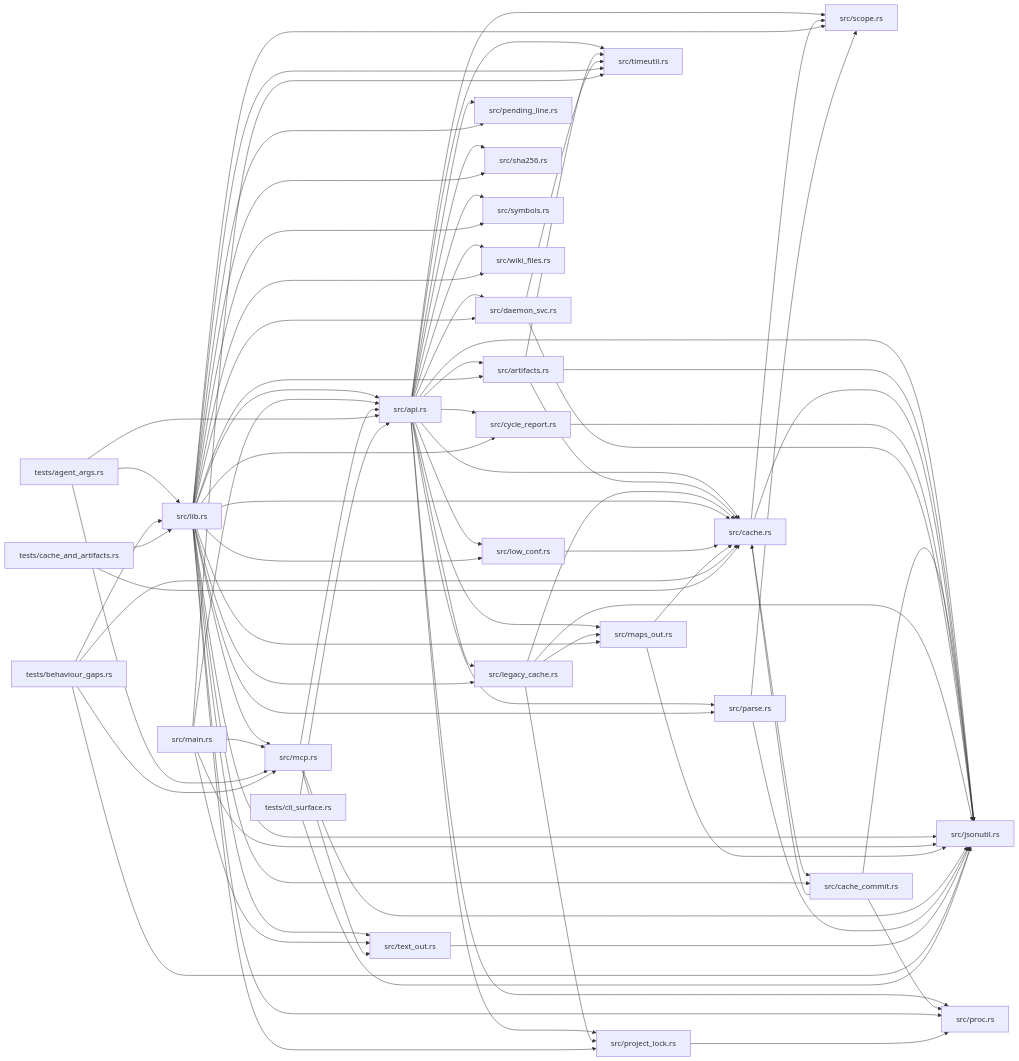
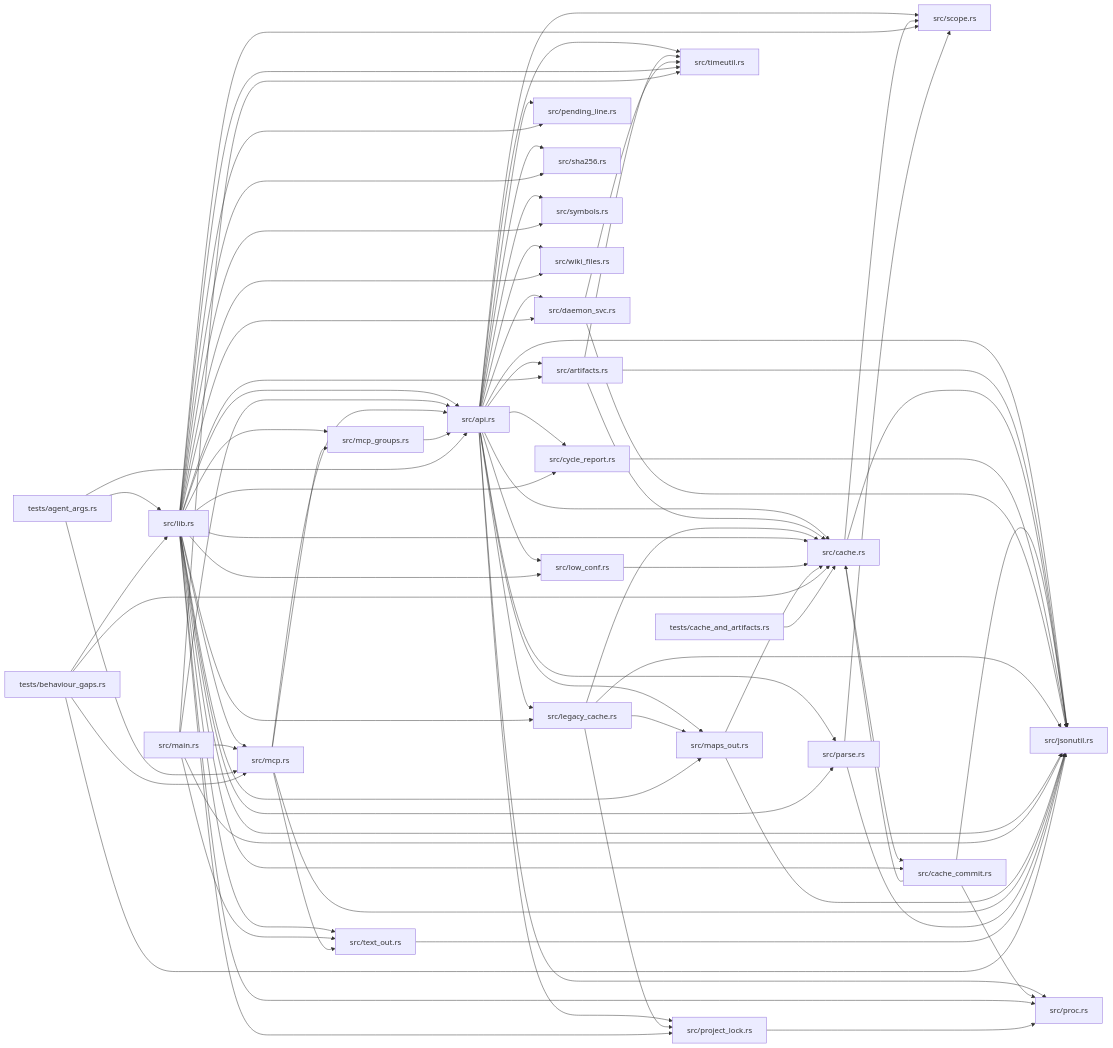
The diagram in library.md (IronAdamant/wikifier), drawn with Mermaid before and after one commit. The commit also changed other lines of this file and 25 other files, not shown here.

First line of the commit message:
MCP tool groups chosen in AGENTS.md or env switches; release 5.2.0 (#10)

````diff
--- a/library.md
+++ b/library.md
@@ -92,6 +94,7 @@
   n19["src/lib.rs"] --> n7["src/low_conf.rs"]
   n19["src/lib.rs"] --> n8["src/maps_out.rs"]
   n19["src/lib.rs"] --> n20["src/mcp.rs"]
+  n19["src/lib.rs"] --> n21["src/mcp_groups.rs"]
   n19["src/lib.rs"] --> n9["src/parse.rs"]
   n19["src/lib.rs"] --> n10["src/pending_line.rs"]
   n19["src/lib.rs"] --> n11["src/proc.rs"]
@@ -99,33 +102,32 @@
   n19["src/lib.rs"] --> n13["src/scope.rs"]
   n19["src/lib.rs"] --> n14["src/sha256.rs"]
   n19["src/lib.rs"] --> n15["src/symbols.rs"]
-  n19["src/lib.rs"] --> n21["src/text_out.rs"]
+  n19["src/lib.rs"] --> n22["src/text_out.rs"]
   n19["src/lib.rs"] --> n16["src/timeutil.rs"]
   n19["src/lib.rs"] --> n17["src/wiki_files.rs"]
   n7["src/low_conf.rs"] --> n2["src/cache.rs"]
-  n22["src/main.rs"] --> n0["src/api.rs"]
-  n22["src/main.rs"] --> n5["src/jsonutil.rs"]
-  n22["src/main.rs"] --> n20["src/mcp.rs"]
-  n22["src/main.rs"] --> n21["src/text_out.rs"]
-  n22["src/main.rs"] --> n16["src/timeutil.rs"]
+  n23["src/main.rs"] --> n0["src/api.rs"]
+  n23["src/main.rs"] --> n5["src/jsonutil.rs"]
+  n23["src/main.rs"] --> n20["src/mcp.rs"]
+  n23["src/main.rs"] --> n22["src/text_out.rs"]
+  n23["src/main.rs"] --> n16["src/timeutil.rs"]
   n8["src/maps_out.rs"] --> n2["src/cache.rs"]
   n8["src/maps_out.rs"] --> n5["src/jsonutil.rs"]
   n20["src/mcp.rs"] --> n0["src/api.rs"]
   n20["src/mcp.rs"] --> n5["src/jsonutil.rs"]
-  n20["src/mcp.rs"] --> n21["src/text_out.rs"]
+  n20["src/mcp.rs"] --> n21["src/mcp_groups.rs"]
+  n20["src/mcp.rs"] --> n22["src/text_out.rs"]
+  n21["src/mcp_groups.rs"] --> n0["src/api.rs"]
   n9["src/parse.rs"] --> n5["src/jsonutil.rs"]
   n9["src/parse.rs"] --> n13["src/scope.rs"]
   n12["src/project_lock.rs"] --> n11["src/proc.rs"]
-  n21["src/text_out.rs"] --> n5["src/jsonutil.rs"]
-  n23["tests/agent_args.rs"] --> n0["src/api.rs"]
-  n23["tests/agent_args.rs"] --> n19["src/lib.rs"]
-  n23["tests/agent_args.rs"] --> n20["src/mcp.rs"]
-  n24["tests/behaviour_gaps.rs"] --> n2["src/cache.rs"]
-  n24["tests/behaviour_gaps.rs"] --> n5["src/jsonutil.rs"]
-  n24["tests/behaviour_gaps.rs"] --> n19["src/lib.rs"]
-  n24["tests/behaviour_gaps.rs"] --> n20["src/mcp.rs"]
-  n25["tests/cache_and_artifacts.rs"] --> n2["src/cache.rs"]
-  n25["tests/cache_and_artifacts.rs"] --> n19["src/lib.rs"]
-  n26["tests/cli_surface.rs"] --> n0["src/api.rs"]
-  n26["tests/cli_surface.rs"] --> n5["src/jsonutil.rs"]
+  n22["src/text_out.rs"] --> n5["src/jsonutil.rs"]
+  n24["tests/agent_args.rs"] --> n0["src/api.rs"]
+  n24["tests/agent_args.rs"] --> n19["src/lib.rs"]
+  n24["tests/agent_args.rs"] --> n20["src/mcp.rs"]
+  n25["tests/behaviour_gaps.rs"] --> n2["src/cache.rs"]
+  n25["tests/behaviour_gaps.rs"] --> n5["src/jsonutil.rs"]
+  n25["tests/behaviour_gaps.rs"] --> n19["src/lib.rs"]
+  n25["tests/behaviour_gaps.rs"] --> n20["src/mcp.rs"]
+  n26["tests/cache_and_artifacts.rs"] --> n2["src/cache.rs"]
 ```
````
